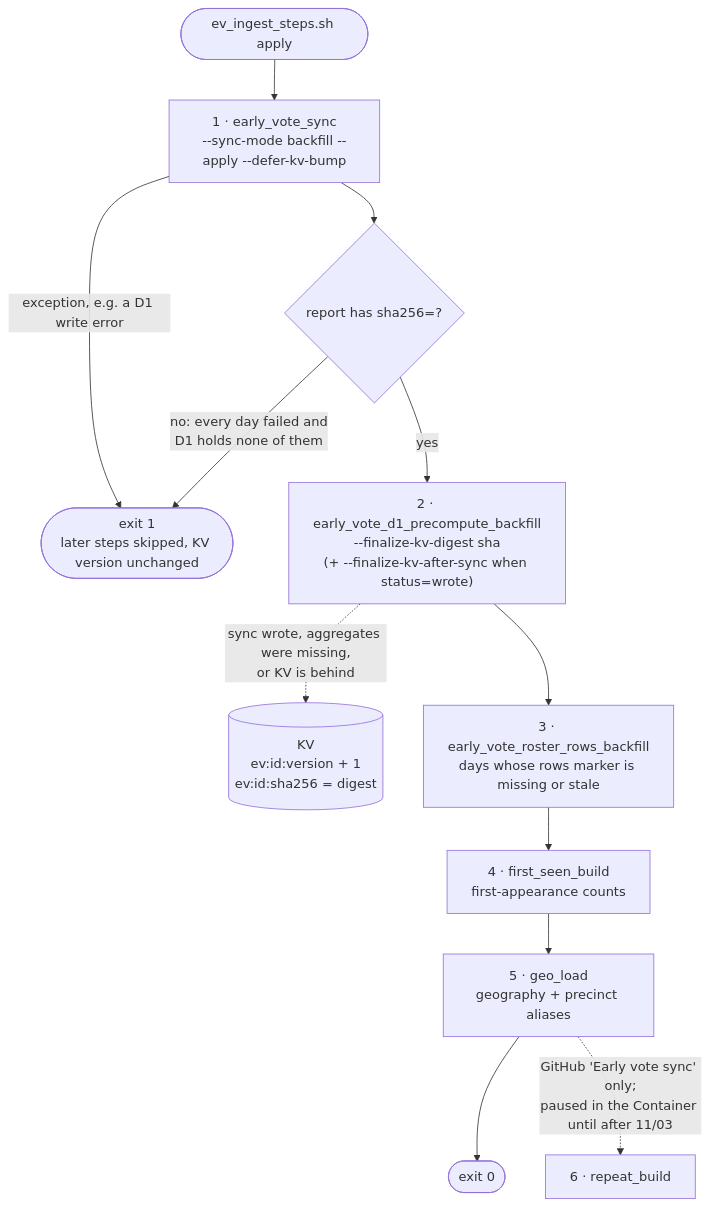
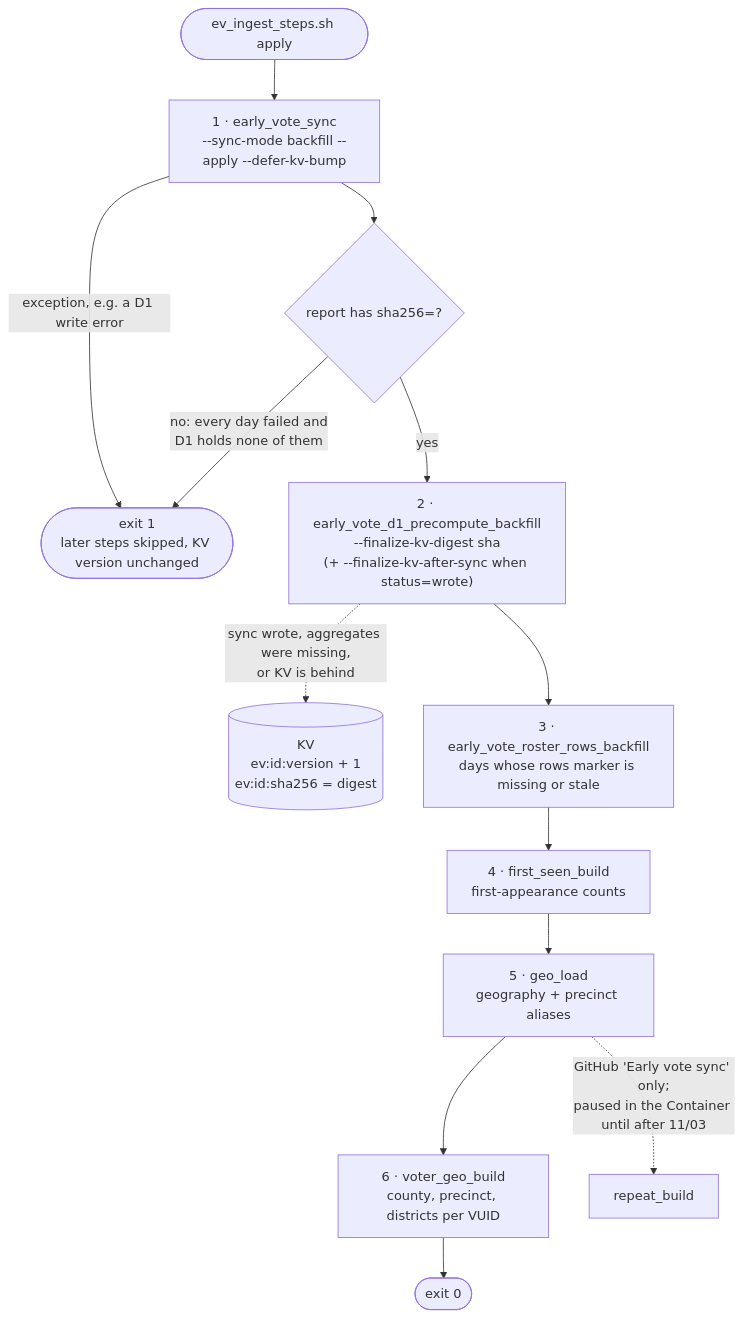
Before and after one commit to Abstract-Data/texas-turnout-scraper: the third of 11 diagrams in README.md, drawn with Mermaid. The commit also changed other lines of this file and 7 other files, not shown here.

First line of the commit message:
feat(ev-ingest): run voter_geo_build as the last step of the ingest run (ADR-015)

````diff
--- a/README.md
+++ b/README.md
@@ -256,14 +256,15 @@
 ```mermaid
 flowchart TD
     start(["ev_ingest_steps.sh apply"]) --> sync["1 · early_vote_sync<br/>--sync-mode backfill --apply --defer-kv-bump"]
     sync -->|"exception, e.g. a D1 write error"| fail(["exit 1<br/>later steps skipped, KV version unchanged"])
     sync --> sha{"report has sha256=?"}
     sha -->|"no: every day failed and<br/>D1 holds none of them"| fail
     sha -->|yes| pre["2 · early_vote_d1_precompute_backfill<br/>--finalize-kv-digest sha<br/>(+ --finalize-kv-after-sync when status=wrote)"]
     pre -.->|"sync wrote, aggregates were missing,<br/>or KV is behind"| kv[("KV<br/>ev:id:version + 1<br/>ev:id:sha256 = digest")]
     pre --> rows["3 · early_vote_roster_rows_backfill<br/>days whose rows marker is missing or stale"]
     rows --> seen["4 · first_seen_build<br/>first-appearance counts"]
     seen --> geo["5 · geo_load<br/>geography + precinct aliases"]
-    geo --> done(["exit 0"])
-    geo -.->|"GitHub 'Early vote sync' only;<br/>paused in the Container until after 11/03"| rep["6 · repeat_build"]
+    geo --> vgeo["6 · voter_geo_build<br/>county, precinct, districts per VUID"]
+    vgeo --> done(["exit 0"])
+    geo -.->|"GitHub 'Early vote sync' only;<br/>paused in the Container until after 11/03"| rep["repeat_build"]
 ```
````
